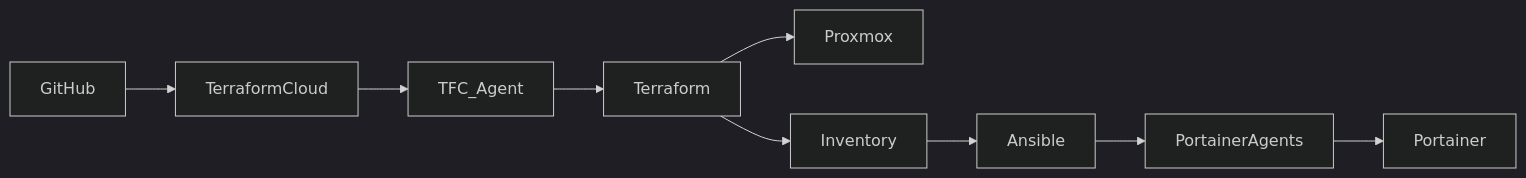
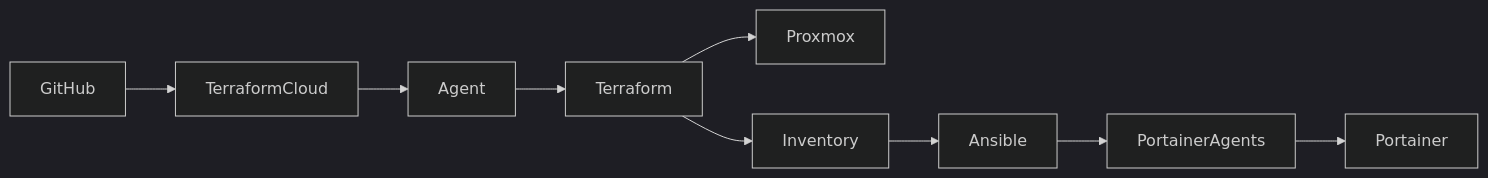
Before and after one commit to KamalChafik/homelab-2.0: the seventh of 7 diagrams in README.md, drawn with Mermaid (dark theme). The commit also changed other lines of this file, not shown here.

````diff
--- a/README.md
+++ b/README.md
@@ -186,11 +223,11 @@
 ```mermaid
 flowchart LR
     GitHub --> TerraformCloud
-    TerraformCloud --> TFC_Agent
-    TFC_Agent --> Terraform
+    TerraformCloud --> Agent
+    Agent --> Terraform
     Terraform --> Proxmox
     Terraform --> Inventory
     Inventory --> Ansible
     Ansible --> PortainerAgents
     PortainerAgents --> Portainer
 ```
````
